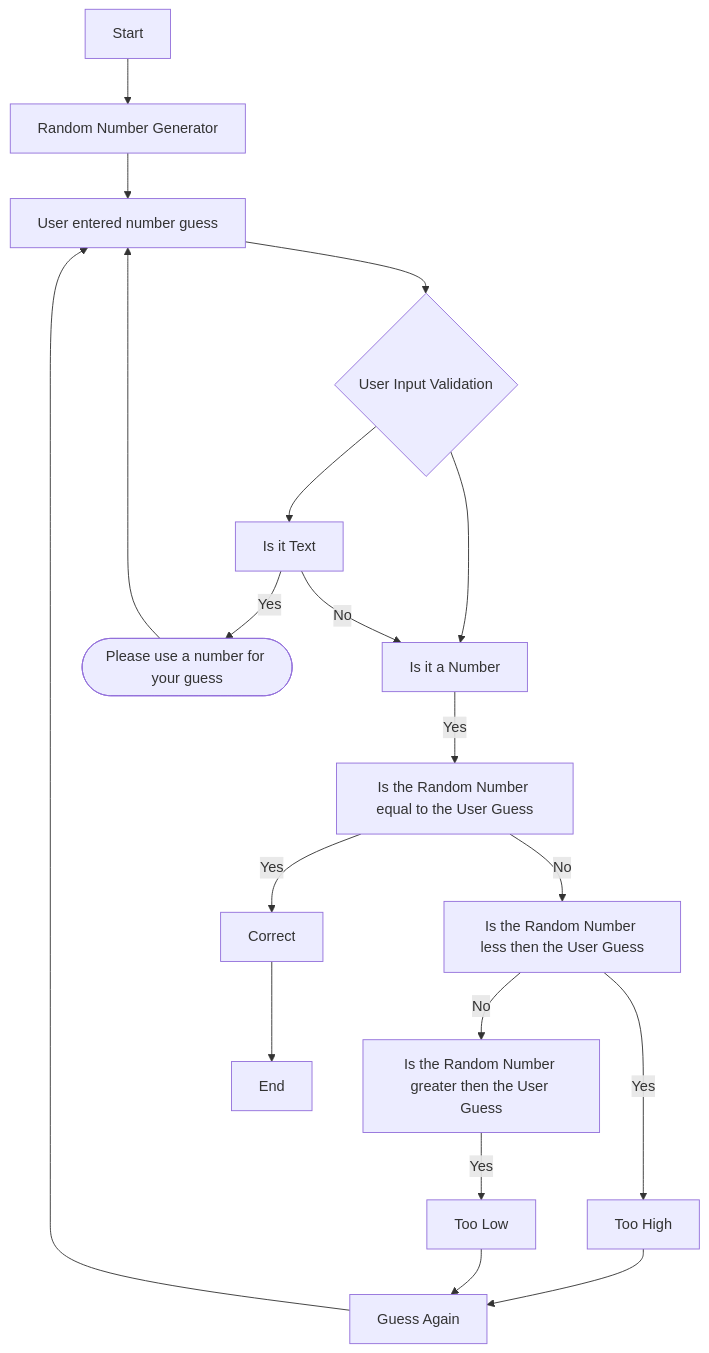
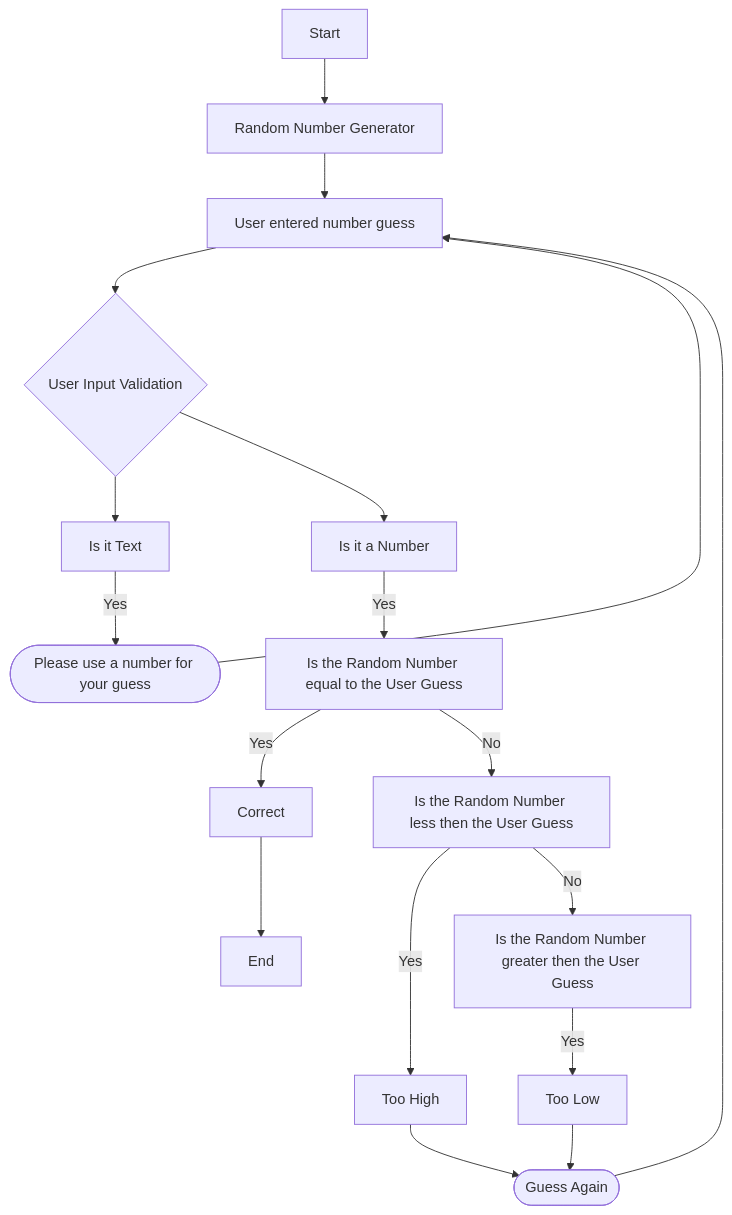
One commit to mewald19/guessinggame.github.io changed the diagram in README.md. Above: the diagram before and after it, drawn with Mermaid.

Commit message:
Update README.md
clean up readme

````diff
--- a/README.md
+++ b/README.md
@@ -2,17 +2,16 @@
 ```mermaid
 
 flowchart TD
     A[Start] --> B[Random Number Generator] --> C[User entered number guess] -->D{User Input Validation} --> E[Is it Text] & F[Is it a Number]
-    E -- Yes --> O([Please use a number for your guess])
-    O --> C
-    E -- No --> F
-    F -- Yes --> G[Is the Random Number equal to the User Guess]
-    G -- Yes -->  H[Correct]
-    G -- No --> I[Is the Random Number less then the User Guess]
-    I -- Yes --> J[Too High]
-    I -- No --> K[Is the Random Number greater then the User Guess]
-    K -- Yes --> L[Too Low]
-    J & L --> M[Guess Again]
-    M --> C
-    H --> N[End]
+    E -- Yes --> G([Please use a number for your guess])
+    G --> C
+    F -- Yes --> H[Is the Random Number equal to the User Guess]
+    H -- Yes -->  I[Correct]
+    H -- No --> J[Is the Random Number less then the User Guess]
+    J -- Yes --> K[Too High]
+    J -- No --> L[Is the Random Number greater then the User Guess]
+    L -- Yes --> M[Too Low]
+    K & M --> N([Guess Again])
+    N --> C
+    I --> O[End]
 ```
````
